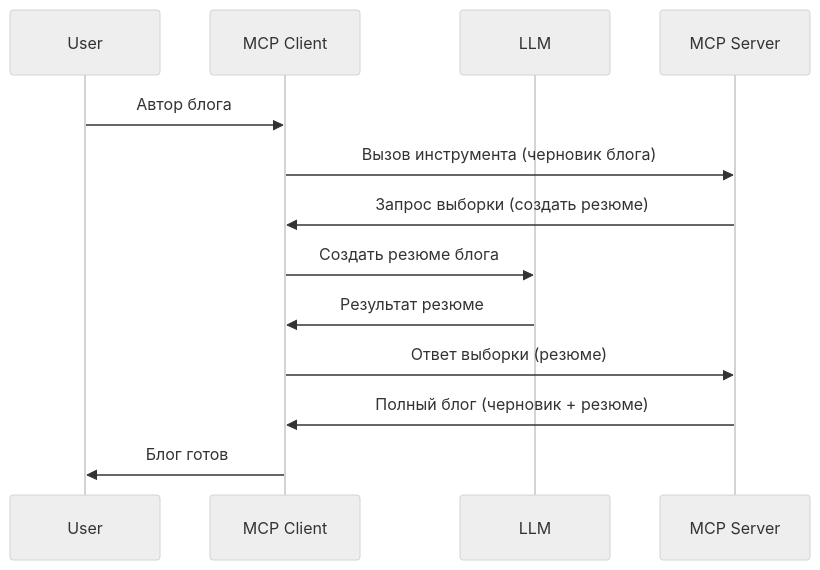
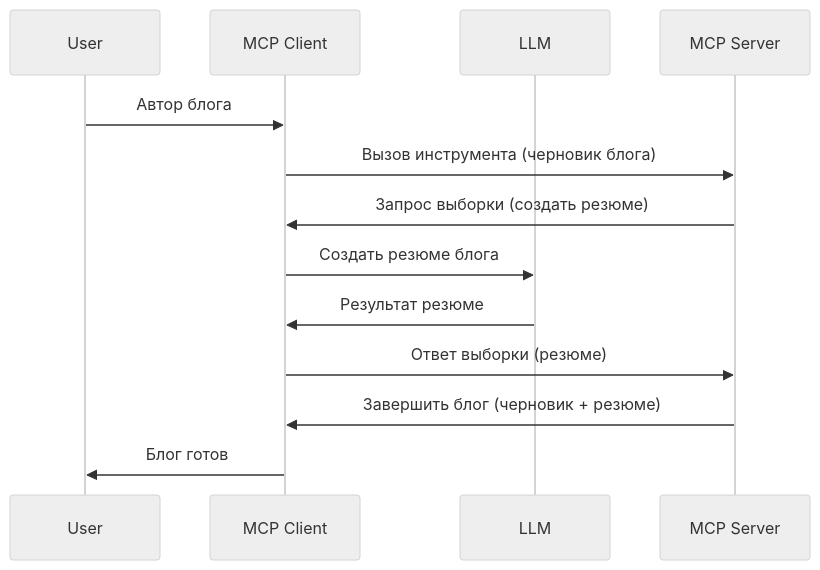
The diagram in mcp_ecosystem__model_context_protocol/mcp_learning_resources/mcp-for-beginners/translations/ru/03-GettingStarted/14-sampling/README.md (HIDORAKAI002/ai-workspace-archive), drawn with Mermaid (neutral theme) before and after one commit. The commit also changed other lines of this file and 1160 other files, not shown here.

````diff
--- a/mcp_ecosystem__model_context_protocol/mcp_learning_resources/mcp-for-beginners/translations/ru/03-GettingStarted/14-sampling/README.md
+++ b/mcp_ecosystem__model_context_protocol/mcp_learning_resources/mcp-for-beginners/translations/ru/03-GettingStarted/14-sampling/README.md
@@ -23,16 +23,16 @@
 ```mermaid
 sequenceDiagram
     participant User
     participant MCP Client
     participant LLM
     participant MCP Server
 
     User->>MCP Client: Автор блога
     MCP Client->>MCP Server: Вызов инструмента (черновик блога)
     MCP Server->>MCP Client: Запрос выборки (создать резюме)
     MCP Client->>LLM: Создать резюме блога
     LLM->>MCP Client: Результат резюме
     MCP Client->>MCP Server: Ответ выборки (резюме)
-    MCP Server->>MCP Client: Полный блог (черновик + резюме)
+    MCP Server->>MCP Client: Завершить блог (черновик + резюме)
     MCP Client->>User: Блог готов
 ```
````
